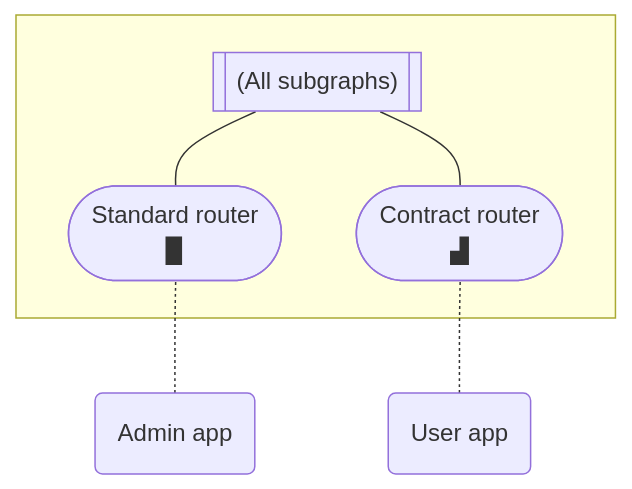
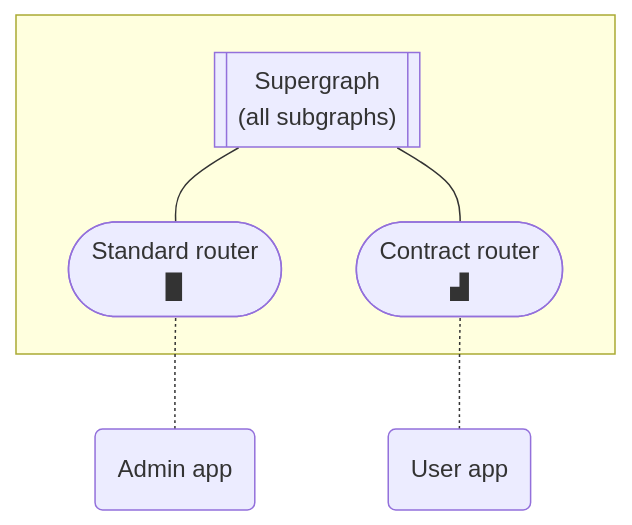
Before and after one commit to apollographql/docs: the third of 3 diagrams in src/content/graphos/delivery/contracts.mdx, drawn with Mermaid. The commit also changed other lines of this file and 3 other files, not shown here.

````diff
--- a/src/content/graphos/delivery/contracts.mdx
+++ b/src/content/graphos/delivery/contracts.mdx
@@ -85,14 +84,14 @@
 ```mermaid
 graph BT;
   adminapp(Admin app);
   userapp(User app);
   subgraph " ";
     standardgateway(["Standard router<br/>▉"]);
     contractgateway(["Contract router<br/>▟"]);
-    subgraphs[["(All subgraphs)"]];
+    subgraphs[["Supergraph<br/>(all subgraphs)"]];
   end;
   userapp -.- contractgateway;
   adminapp -.- standardgateway;
   standardgateway & contractgateway --- subgraphs;
   class adminapp,userapp secondary;
 ```
````
